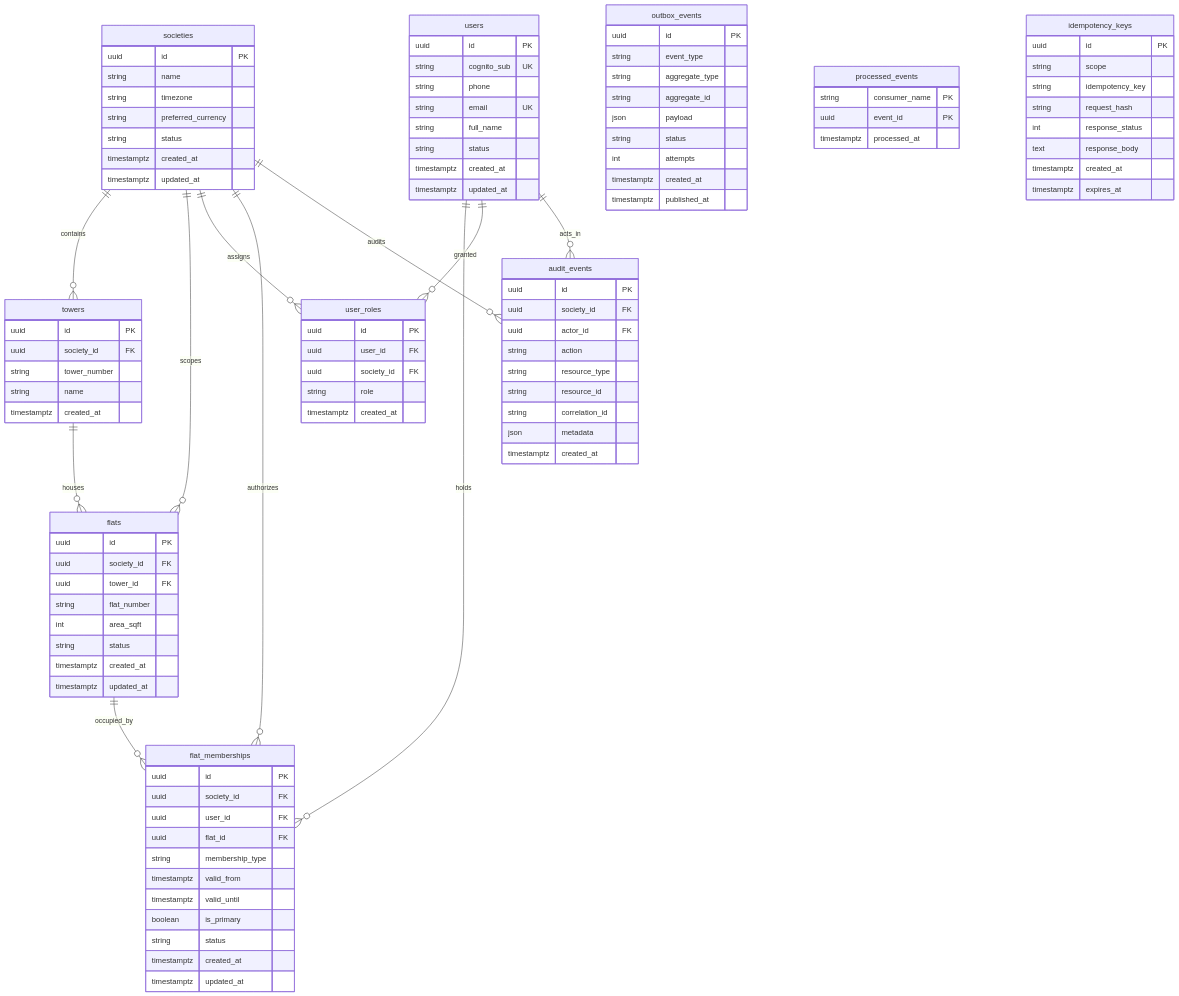
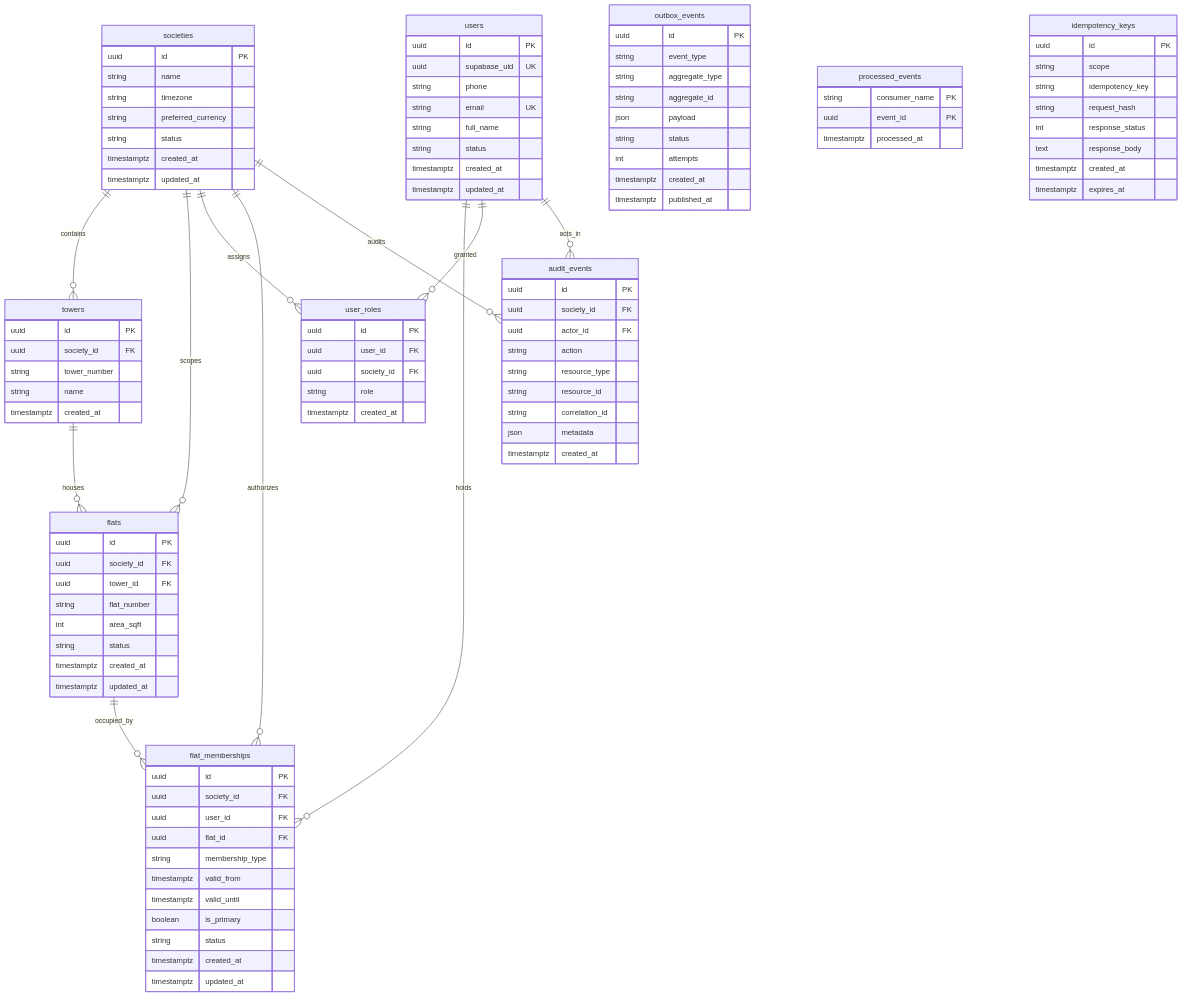
The diagram in docs/database.md (Bhaumik-99/isoswe), drawn with Mermaid before and after one commit. The commit also changed other lines of this file and 39 other files, not shown here.

Commit message:
feat(arch): migrate architecture to Option B: Supabase Auth & PostgreSQL with AWS Serverless (Phase 1.2)

```diff
--- a/docs/database.md
+++ b/docs/database.md
@@ -89,7 +115,7 @@
 
     users {
         uuid id PK
-        string cognito_sub UK
+        uuid supabase_uid UK
         string phone
         string email UK
         string full_name
```
